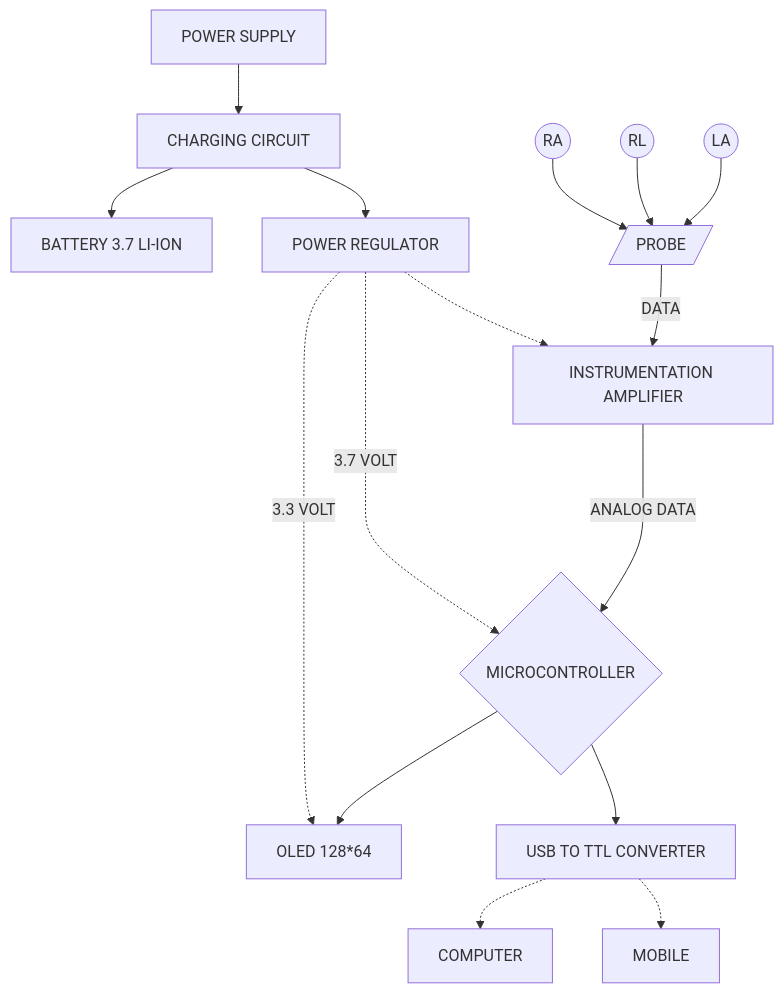
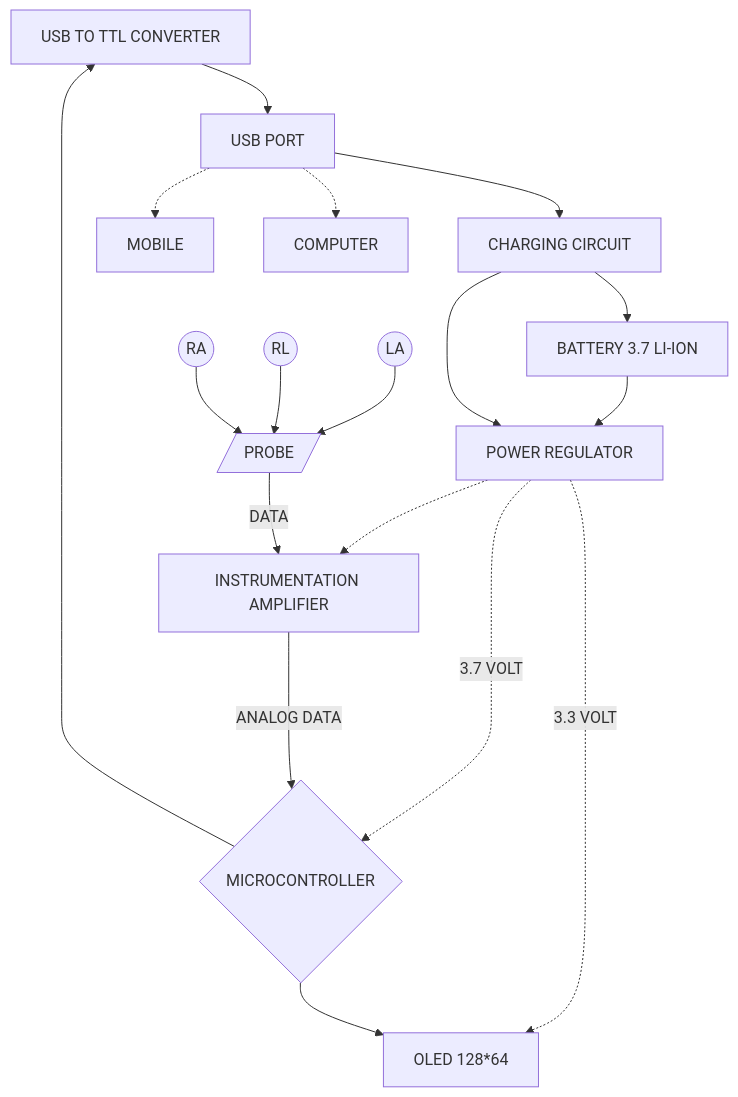
Before and after one commit to arun-jyothish/PORTABLE-ECG: the first of 3 diagrams in README.md, drawn with Mermaid. The commit also changed other lines of this file and 30 other files, not shown here.

```diff
--- a/README.md
+++ b/README.md
@@ -34,21 +34,23 @@
 ~~~mermaid
 
 graph TD
  
-    PWR[POWER SUPPLY]-->CHR[CHARGING CIRCUIT]
+    UART-->PWR
+    PWR[USB PORT]-->CHR[CHARGING CIRCUIT]
     CHR-->BAT[BATTERY 3.7 LI-ION]
     RGL[POWER REGULATOR]-.->|3.3 VOLT|OLED[OLED 128*64]
-    CHR--> RGL
+    CHR-->RGL
+    BAT-->RGL
     RGL-.->|3.7 VOLT|UC 
     UC{MICROCONTROLLER}-->OLED
    
     UC-->UART[USB TO TTL CONVERTER]
-    UART-.->EXT[COMPUTER]
-    UART-.->EXT2[MOBILE]
+    PWR-.->EXT[COMPUTER]
+    PWR-.->EXT2[MOBILE]
     probe[/PROBE/]-->|DATA|INS
     RGL-.->INS
     RA((RA))-->probe
     RL((RL))-->probe
     LA((LA))-->probe
     INS[INSTRUMENTATION AMPLIFIER] --->|ANALOG DATA| UC
 ~~~
```
